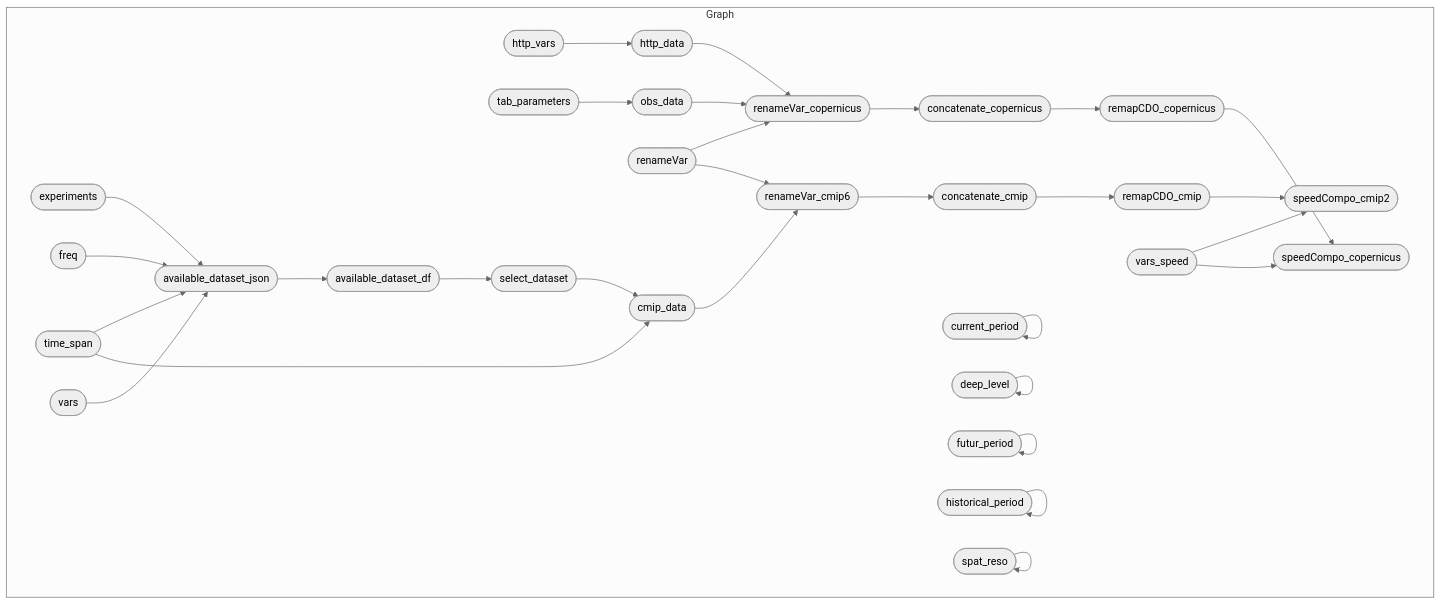
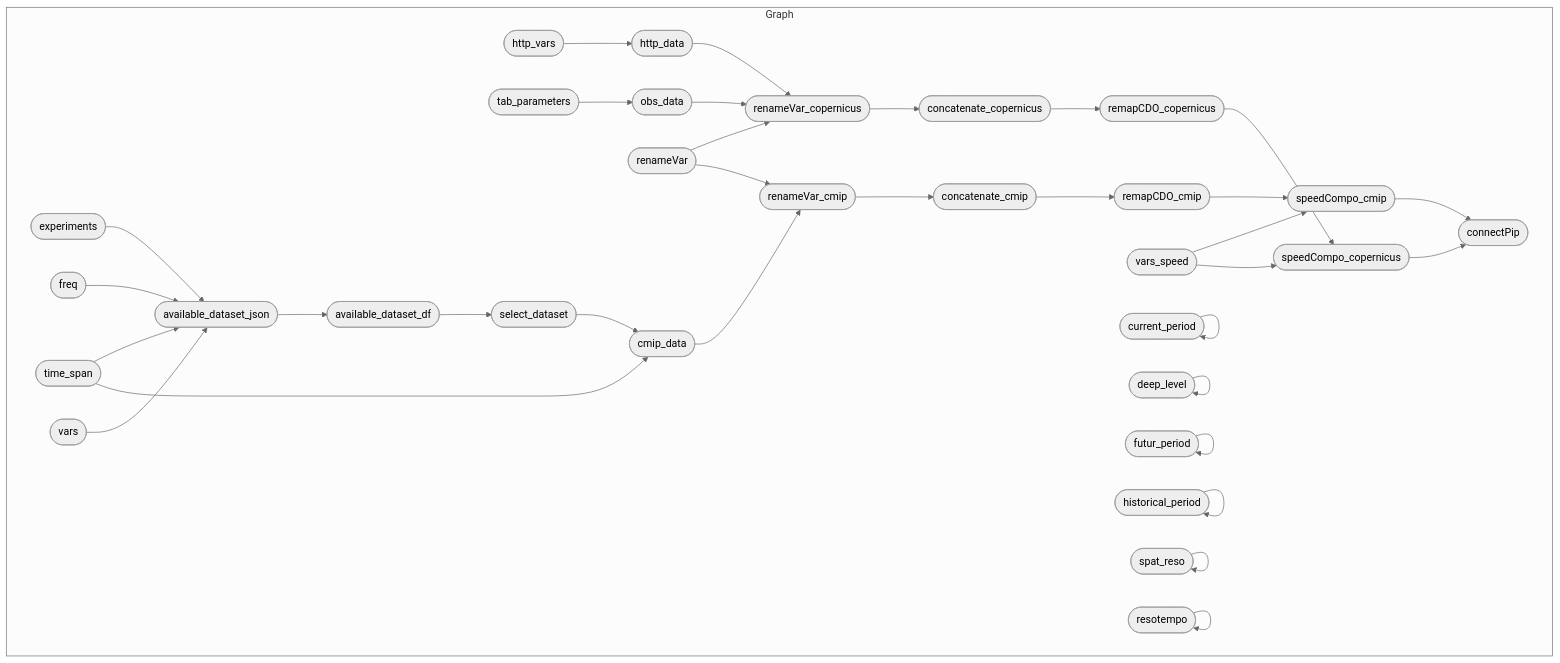
One commit to r-fernandezz/downshape changed the diagram in README.md. Above: the diagram before and after it, drawn with Mermaid (neutral theme). The commit also changed other lines of this file and 3 other files, not shown here.

````diff
--- a/README.md
+++ b/README.md
@@ -22,34 +22,37 @@
 ``` mermaid
 graph LR
   subgraph Graph
     direction LR
     x9289bfb53112cf3b(["concatenate_copernicus"]):::outdated --> xec6283d15a25ed08(["remapCDO_copernicus"]):::outdated
-    xd2508c5b4a2cb302(["renameVar_cmip6"]):::outdated --> x4fe875b2492d0106(["concatenate_cmip"]):::outdated
+    xf4b49e2ba07661b1(["remapCDO_cmip"]):::outdated --> xe5de19f3be59da20(["speedCompo_cmip"]):::outdated
+    xca459201a27e8460(["vars_speed"]):::uptodate --> xe5de19f3be59da20(["speedCompo_cmip"]):::outdated
+    x0262297569c18022(["renameVar_cmip"]):::outdated --> x4fe875b2492d0106(["concatenate_cmip"]):::outdated
     x4fe875b2492d0106(["concatenate_cmip"]):::outdated --> xf4b49e2ba07661b1(["remapCDO_cmip"]):::outdated
-    x71e926299248ce3f(["http_vars"]):::outdated --> x35b468daf9281b76(["http_data"]):::outdated
+    x71e926299248ce3f(["http_vars"]):::uptodate --> x35b468daf9281b76(["http_data"]):::outdated
     xe44467b2b079fc18(["renameVar_copernicus"]):::outdated --> x9289bfb53112cf3b(["concatenate_copernicus"]):::outdated
     x35b468daf9281b76(["http_data"]):::outdated --> xe44467b2b079fc18(["renameVar_copernicus"]):::outdated
-    xd7bca5ba4e5f539d(["obs_data"]):::uptodate --> xe44467b2b079fc18(["renameVar_copernicus"]):::outdated
+    xd7bca5ba4e5f539d(["obs_data"]):::started --> xe44467b2b079fc18(["renameVar_copernicus"]):::outdated
     xd15c82dcb79a7c2e(["renameVar"]):::uptodate --> xe44467b2b079fc18(["renameVar_copernicus"]):::outdated
     xac02e5e58926353b(["experiments"]):::uptodate --> x6fcf9b0e7fc429ff(["available_dataset_json"]):::outdated
     x906e78a8df9f52cb(["freq"]):::uptodate --> x6fcf9b0e7fc429ff(["available_dataset_json"]):::outdated
     x2c0118dd07b06ac8(["time_span"]):::uptodate --> x6fcf9b0e7fc429ff(["available_dataset_json"]):::outdated
     x8f15ec77b8dbd81a(["vars"]):::uptodate --> x6fcf9b0e7fc429ff(["available_dataset_json"]):::outdated
-    x4301c707c2ab0cdc(["tab_parameters"]):::uptodate --> xd7bca5ba4e5f539d(["obs_data"]):::uptodate
-    xf4b49e2ba07661b1(["remapCDO_cmip"]):::outdated --> x0a3d6e672db943e2(["speedCompo_cmip2"]):::outdated
-    xca459201a27e8460(["vars_speed"]):::uptodate --> x0a3d6e672db943e2(["speedCompo_cmip2"]):::outdated
+    x4301c707c2ab0cdc(["tab_parameters"]):::uptodate --> xd7bca5ba4e5f539d(["obs_data"]):::started
     x6fcf9b0e7fc429ff(["available_dataset_json"]):::outdated --> xe895740a9b7896f7(["available_dataset_df"]):::outdated
     xec6283d15a25ed08(["remapCDO_copernicus"]):::outdated --> xfc6ed28680e5db72(["speedCompo_copernicus"]):::outdated
     xca459201a27e8460(["vars_speed"]):::uptodate --> xfc6ed28680e5db72(["speedCompo_copernicus"]):::outdated
     xe895740a9b7896f7(["available_dataset_df"]):::outdated --> x3f5ab24ee8d242b4(["select_dataset"]):::outdated
-    xd8e5f2013a341013(["cmip_data"]):::outdated --> xd2508c5b4a2cb302(["renameVar_cmip6"]):::outdated
-    xd15c82dcb79a7c2e(["renameVar"]):::uptodate --> xd2508c5b4a2cb302(["renameVar_cmip6"]):::outdated
     x3f5ab24ee8d242b4(["select_dataset"]):::outdated --> xd8e5f2013a341013(["cmip_data"]):::outdated
     x2c0118dd07b06ac8(["time_span"]):::uptodate --> xd8e5f2013a341013(["cmip_data"]):::outdated
+    xd8e5f2013a341013(["cmip_data"]):::outdated --> x0262297569c18022(["renameVar_cmip"]):::outdated
+    xd15c82dcb79a7c2e(["renameVar"]):::uptodate --> x0262297569c18022(["renameVar_cmip"]):::outdated
+    xe5de19f3be59da20(["speedCompo_cmip"]):::outdated --> xcdaf411f7aa1a87d(["connectPip"]):::outdated
+    xfc6ed28680e5db72(["speedCompo_copernicus"]):::outdated --> xcdaf411f7aa1a87d(["connectPip"]):::outdated
     x084994fb0e480676(["current_period"]):::uptodate --> x084994fb0e480676(["current_period"]):::uptodate
     x625f066a5f205ec8(["deep_level"]):::uptodate --> x625f066a5f205ec8(["deep_level"]):::uptodate
     xbce5cad1cf7e7103(["futur_period"]):::uptodate --> xbce5cad1cf7e7103(["futur_period"]):::uptodate
     x57dd1d5e854c11b6(["historical_period"]):::uptodate --> x57dd1d5e854c11b6(["historical_period"]):::uptodate
     xe73cbbcc20086ecd(["spat_reso"]):::uptodate --> xe73cbbcc20086ecd(["spat_reso"]):::uptodate
+    x55a14a7f5821bbec(["resotempo"]):::outdated --> x55a14a7f5821bbec(["resotempo"]):::outdated
   end
 ```
````
